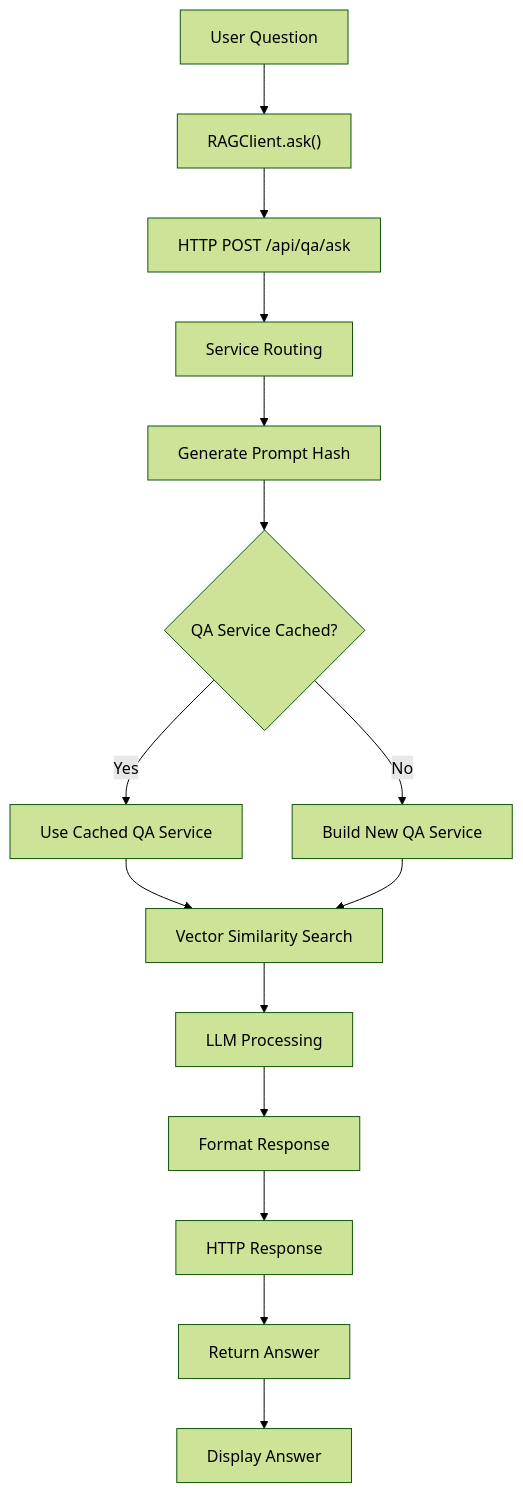
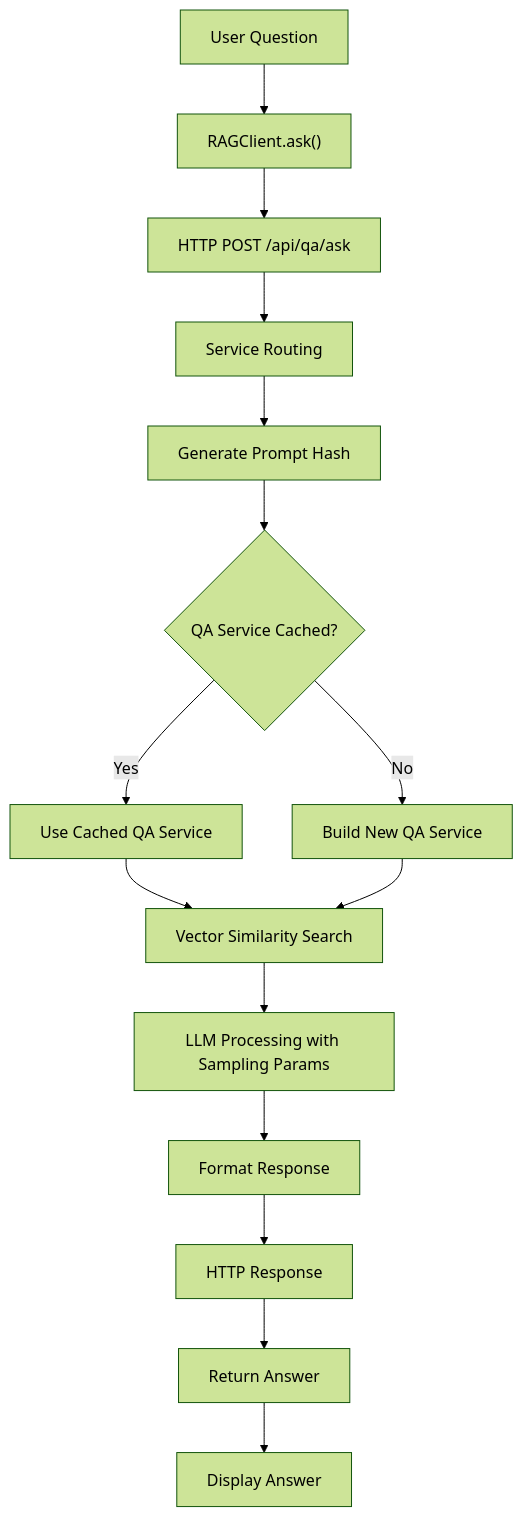
Before and after one commit to ognelis/cafetera_hr_bot: the tenth of 13 diagrams in .qoder/repowiki/en/content/API Reference/RAG Client Integration.md, drawn with Mermaid (forest theme). The commit also changed other lines of this file and 9 other files, not shown here.

````diff
--- a/.qoder/repowiki/en/content/API Reference/RAG Client Integration.md
+++ b/.qoder/repowiki/en/content/API Reference/RAG Client Integration.md
@@ -415,17 +501,17 @@
 ```mermaid
 flowchart TD
 UserQuestion["User Question"] --> ClientAsk["RAGClient.ask()"]
 ClientAsk --> HTTPPost["HTTP POST /api/qa/ask"]
 HTTPPost --> ServiceRouting["Service Routing"]
 ServiceRouting --> PromptHash["Generate Prompt Hash"]
 PromptHash --> CacheLookup{"QA Service Cached?"}
 CacheLookup --> |Yes| UseCached["Use Cached QA Service"]
 CacheLookup --> |No| BuildService["Build New QA Service"]
 UseCached --> VectorSearch["Vector Similarity Search"]
 BuildService --> VectorSearch
-VectorSearch --> LLMProcessing["LLM Processing"]
+VectorSearch --> LLMProcessing["LLM Processing with Sampling Params"]
 LLMProcessing --> ResponseFormat["Format Response"]
 ResponseFormat --> HTTPResponse["HTTP Response"]
 HTTPResponse --> ClientReturn["Return Answer"]
 ClientReturn --> UserAnswer["Display Answer"]
 ```
````
